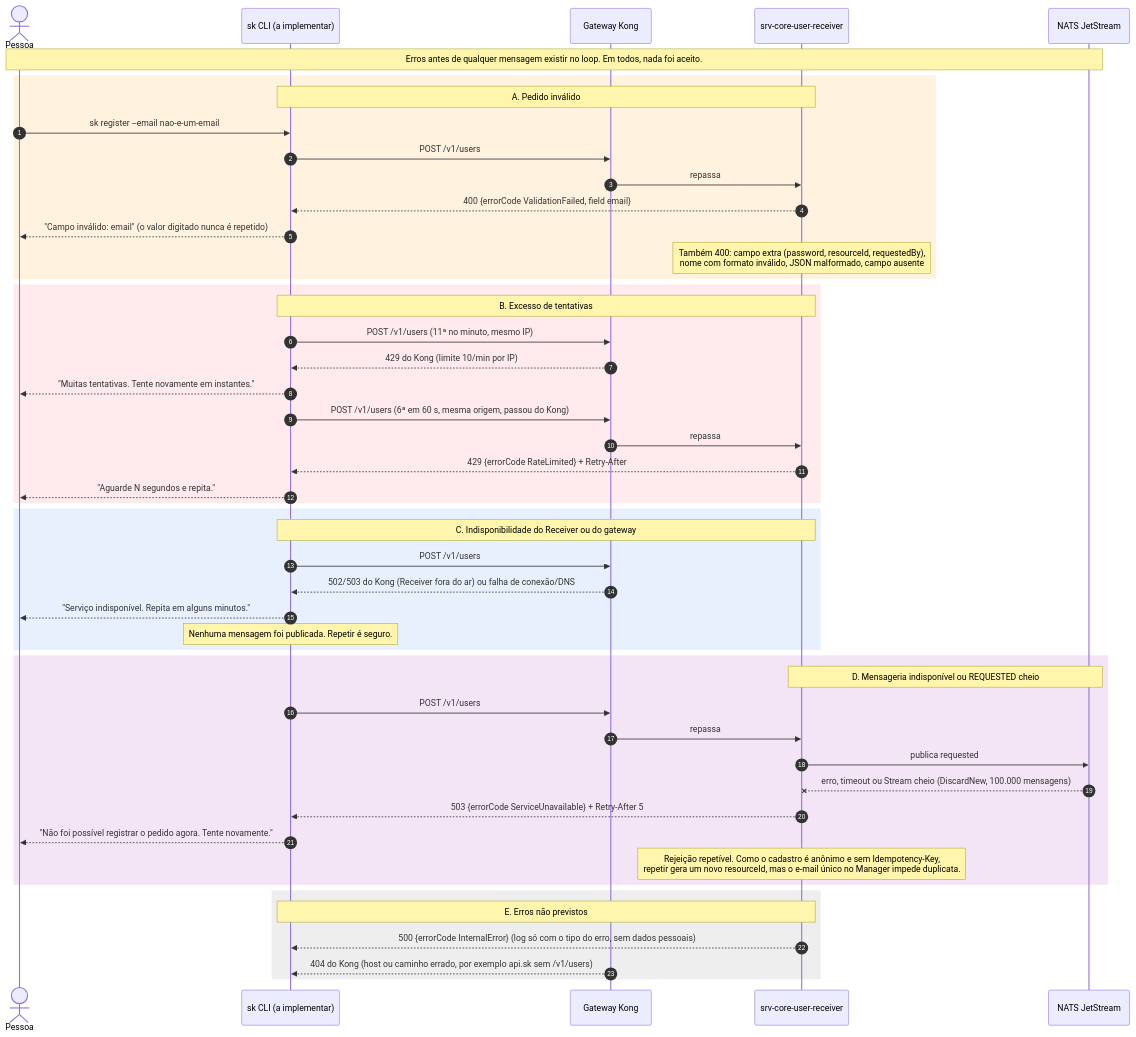
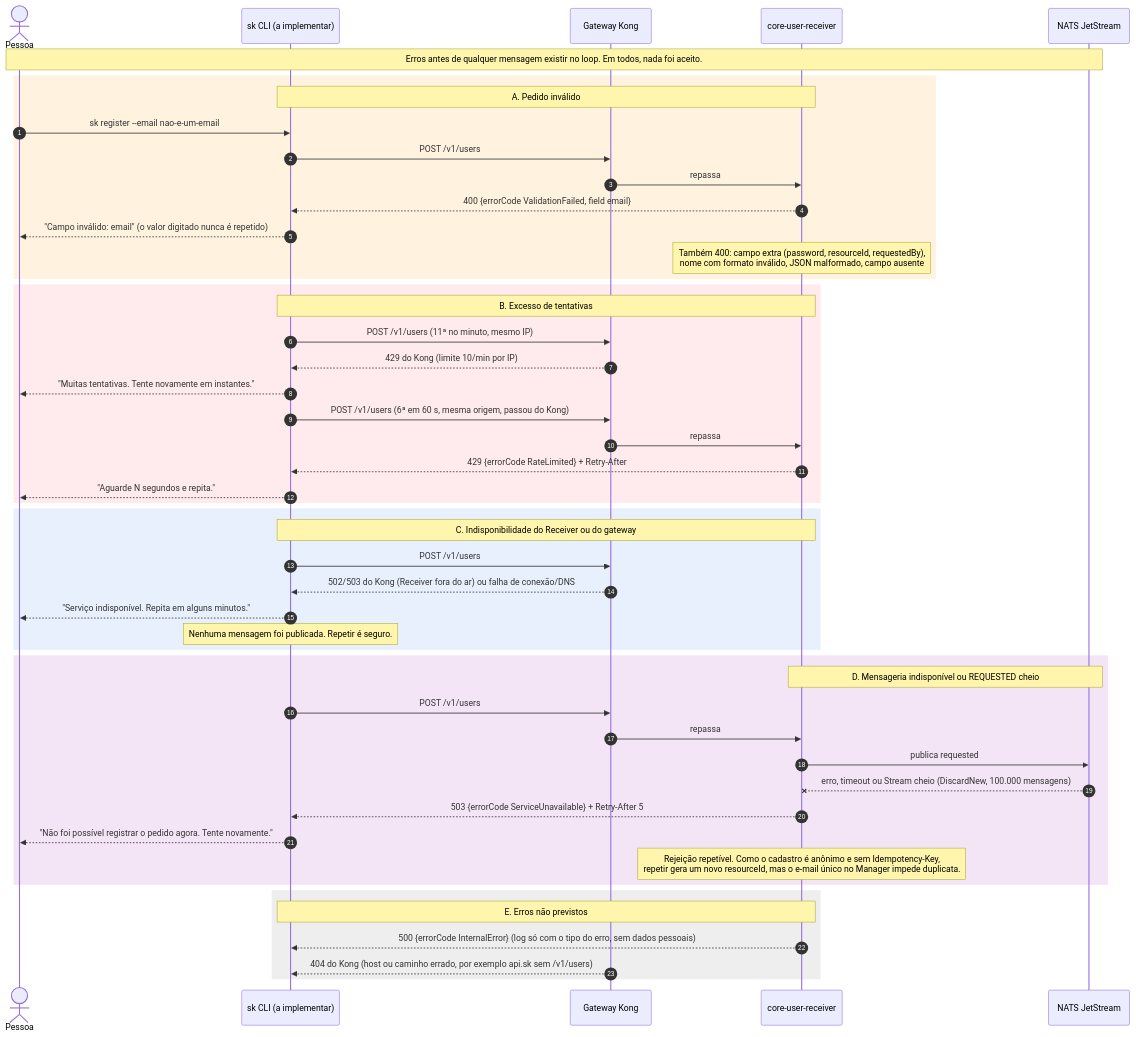
Before and after one commit to danielsabatini/smarkee: the diagram in features/core/user/docs/flow/02-validacao-e-borda.mmd, drawn with Mermaid. The commit also changed 60 other files, not shown here.

```diff
--- a/features/core/user/docs/flow/02-validacao-e-borda.mmd
+++ b/features/core/user/docs/flow/02-validacao-e-borda.mmd
@@ -1,55 +1,55 @@
 sequenceDiagram
     autonumber
     actor U as Pessoa
     participant CLI as sk CLI (a implementar)
     participant GW as Gateway Kong
-    participant Receiver as srv-core-user-receiver
+    participant Receiver as core-user-receiver
     participant N as NATS JetStream
 
     Note over U,N: Erros antes de qualquer mensagem existir no loop. Em todos, nada foi aceito.
 
     rect rgb(255,243,224)
     Note over CLI,Receiver: A. Pedido inválido
     U->>CLI: sk register --email nao-e-um-email
     CLI->>GW: POST /v1/users
     GW->>Receiver: repassa
     Receiver-->>CLI: 400 {errorCode ValidationFailed, field email}
     CLI-->>U: "Campo inválido: email" (o valor digitado nunca é repetido)
     Note over Receiver: Também 400: campo extra (password, resourceId, requestedBy),<br/>nome com formato inválido, JSON malformado, campo ausente
     end
 
     rect rgb(255,235,238)
     Note over CLI,Receiver: B. Excesso de tentativas
     CLI->>GW: POST /v1/users (11ª no minuto, mesmo IP)
     GW-->>CLI: 429 do Kong (limite 10/min por IP)
     CLI-->>U: "Muitas tentativas. Tente novamente em instantes."
     CLI->>GW: POST /v1/users (6ª em 60 s, mesma origem, passou do Kong)
     GW->>Receiver: repassa
     Receiver-->>CLI: 429 {errorCode RateLimited} + Retry-After
     CLI-->>U: "Aguarde N segundos e repita."
     end
 
     rect rgb(232,240,254)
     Note over CLI,Receiver: C. Indisponibilidade do Receiver ou do gateway
     CLI->>GW: POST /v1/users
     GW-->>CLI: 502/503 do Kong (Receiver fora do ar) ou falha de conexão/DNS
     CLI-->>U: "Serviço indisponível. Repita em alguns minutos."
     Note over CLI: Nenhuma mensagem foi publicada. Repetir é seguro.
     end
 
     rect rgb(243,229,245)
     Note over Receiver,N: D. Mensageria indisponível ou REQUESTED cheio
     CLI->>GW: POST /v1/users
     GW->>Receiver: repassa
     Receiver->>N: publica requested
     N--xReceiver: erro, timeout ou Stream cheio (DiscardNew, 100.000 mensagens)
     Receiver-->>CLI: 503 {errorCode ServiceUnavailable} + Retry-After 5
     CLI-->>U: "Não foi possível registrar o pedido agora. Tente novamente."
     Note over Receiver: Rejeição repetível. Como o cadastro é anônimo e sem Idempotency-Key,<br/>repetir gera um novo resourceId, mas o e-mail único no Manager impede duplicata.
     end
 
     rect rgb(238,238,238)
     Note over CLI,Receiver: E. Erros não previstos
     Receiver-->>CLI: 500 {errorCode InternalError} (log só com o tipo do erro, sem dados pessoais)
     GW-->>CLI: 404 do Kong (host ou caminho errado, por exemplo api.sk sem /v1/users)
     end
```
